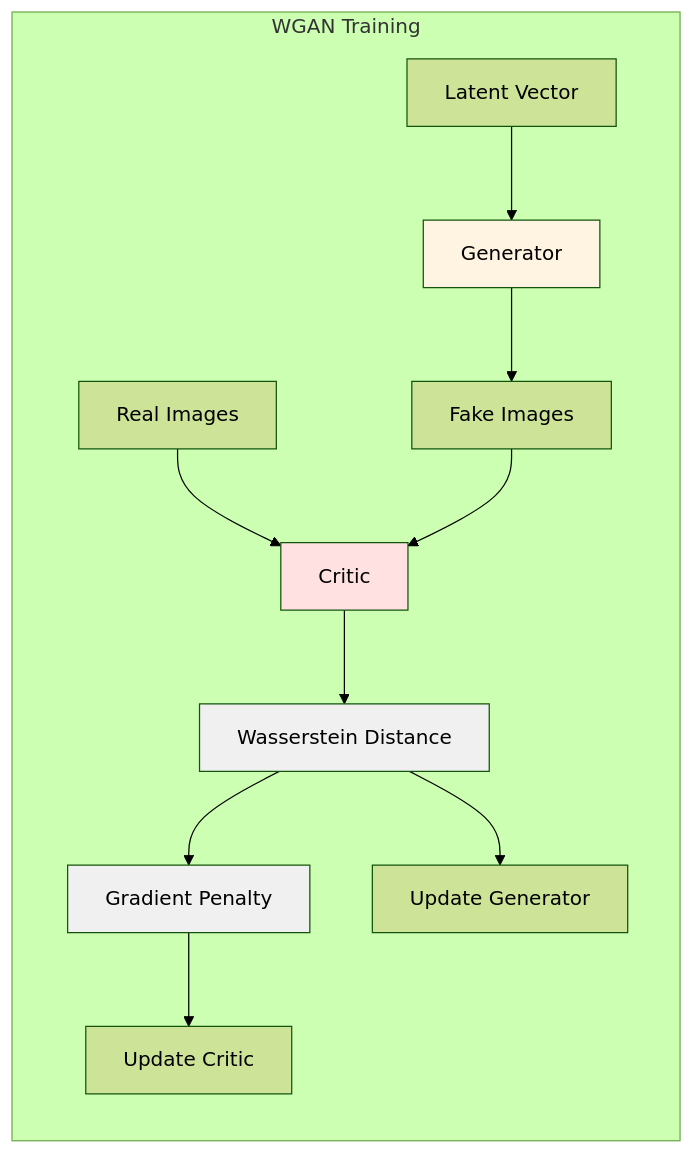
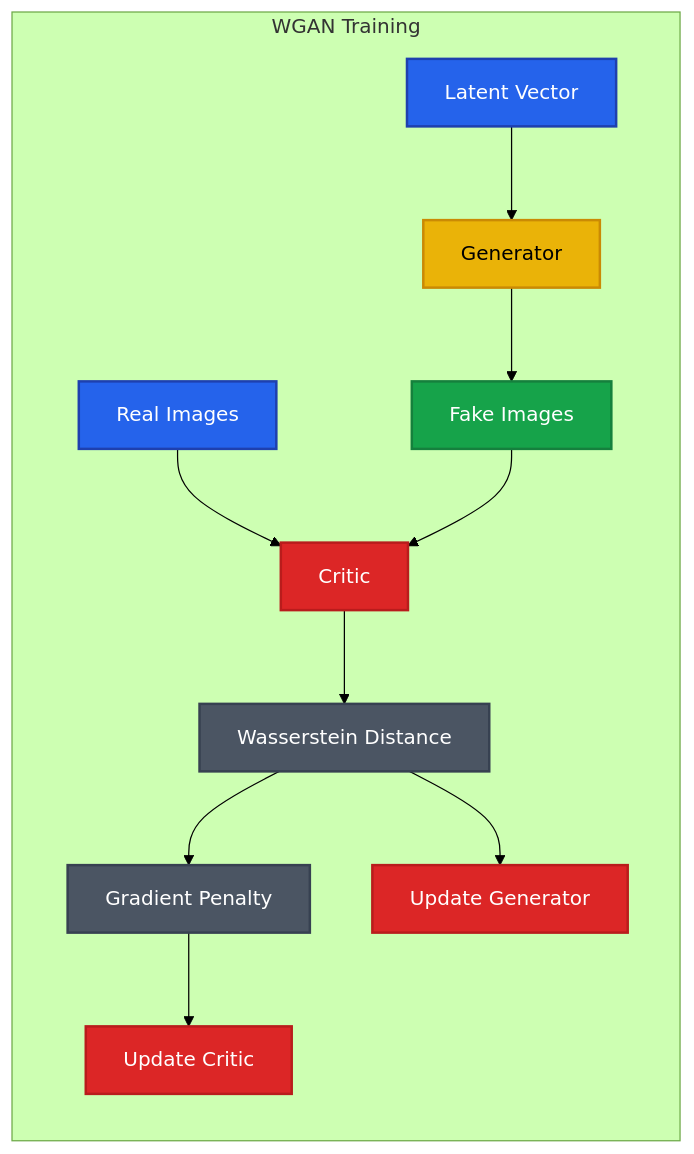
The second of 2 diagrams in README.md (baloglu321/Gan), drawn with Mermaid (forest theme) before and after one commit. The commit also changed other lines of this file, not shown here.

````diff
--- a/README.md
+++ b/README.md
@@ -206,18 +214,25 @@
 ```mermaid
 graph LR
     subgraph "WGAN Training"
         A[Latent Vector] --> B[Generator]
         B --> C[Fake Images]
         D[Real Images] --> E[Critic]
         C --> E
         E --> F[Wasserstein Distance]
         F --> G[Gradient Penalty]
         G --> H[Update Critic]
         F --> I[Update Generator]
     end
     
-    style B fill:#fff4e1
-    style E fill:#ffe1e1
-    style F fill:#f0f0f0
-    style G fill:#f0f0f0
+    classDef inputNode fill:#2563eb,stroke:#1e40af,stroke-width:2px,color:#fff
+    classDef generatorNode fill:#eab308,stroke:#ca8a04,stroke-width:2px,color:#000
+    classDef criticNode fill:#dc2626,stroke:#b91c1c,stroke-width:2px,color:#fff
+    classDef lossNode fill:#4b5563,stroke:#374151,stroke-width:2px,color:#fff
+    classDef imageNode fill:#16a34a,stroke:#15803d,stroke-width:2px,color:#fff
+    
+    class A,D inputNode
+    class B generatorNode
+    class E,H,I criticNode
+    class F,G lossNode
+    class C imageNode
 ```
````
